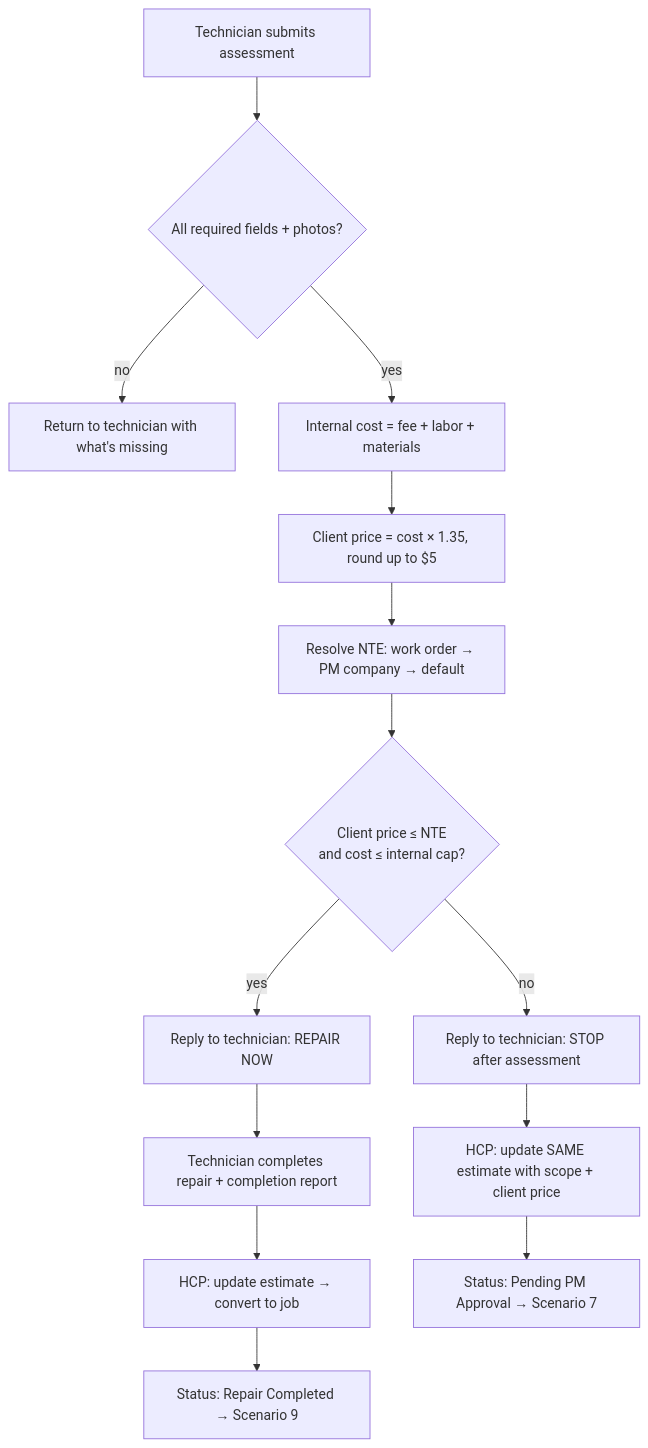
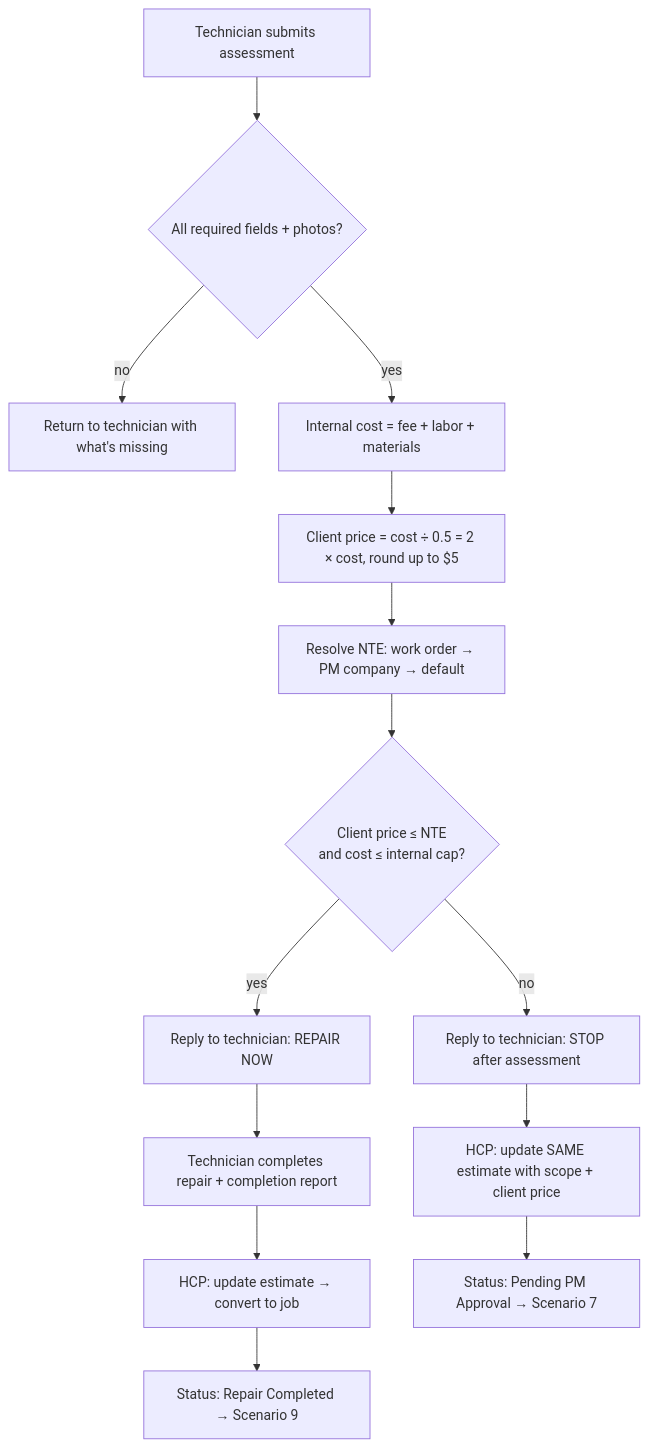
One commit to mariafe-jmbrandify/ai-property-maintenance-automation changed the diagram in docs/scenarios/06-assessment-budget-decision.md. Above: the diagram before and after it, drawn with Mermaid. The commit also changed other lines of this file and 27 other files, not shown here.

````diff
--- a/docs/scenarios/06-assessment-budget-decision.md
+++ b/docs/scenarios/06-assessment-budget-decision.md
@@ -21,16 +21,16 @@
 ```mermaid
 flowchart TD
     A[Technician submits assessment] --> B{All required fields + photos?}
     B -- no --> C[Return to technician with what's missing]
     B -- yes --> D[Internal cost = fee + labor + materials]
-    D --> E[Client price = cost × 1.35, round up to $5]
+    D --> E[Client price = cost ÷ 0.5 = 2 × cost, round up to $5]
     E --> F[Resolve NTE: work order → PM company → default]
     F --> G{Client price ≤ NTE<br/>and cost ≤ internal cap?}
     G -- yes --> H[Reply to technician: REPAIR NOW]
     H --> I[Technician completes repair + completion report]
     I --> J[HCP: update estimate → convert to job]
     J --> K[Status: Repair Completed → Scenario 9]
     G -- no --> L[Reply to technician: STOP after assessment]
     L --> M[HCP: update SAME estimate with scope + client price]
     M --> N[Status: Pending PM Approval → Scenario 7]
 ```
````
